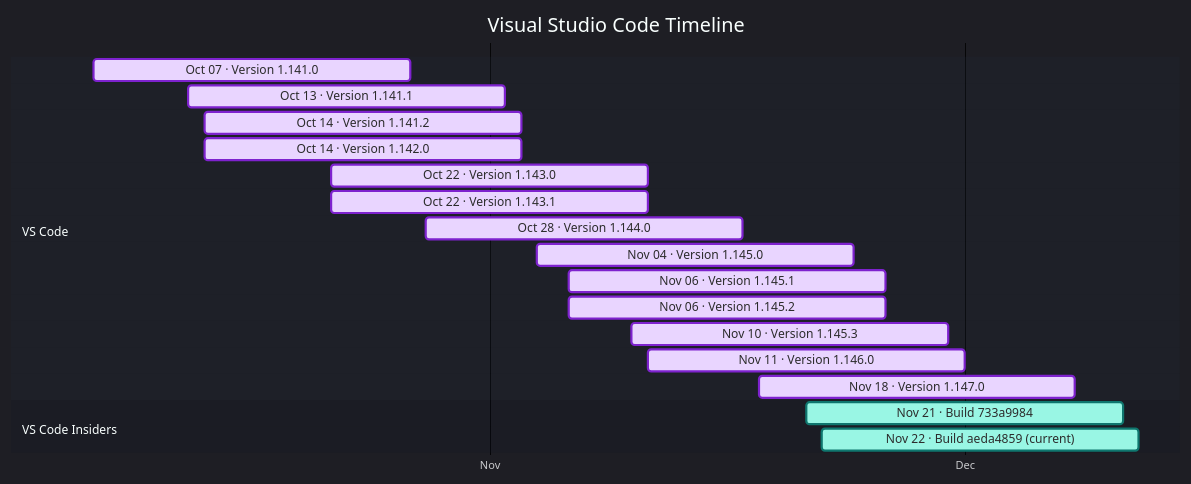
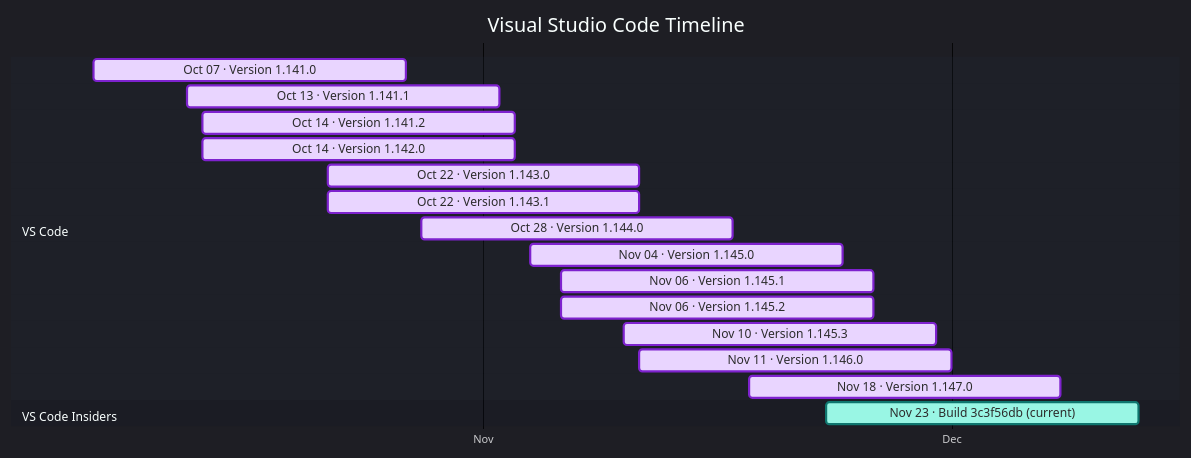
Before and after one commit to Oxelya-DevTools/VisualStudioUpdate: the diagram in docs/vscode.md, drawn with Mermaid. The commit also changed other lines of this file and 1 other file, not shown here.

````diff
--- a/docs/vscode.md
+++ b/docs/vscode.md
@@ -9,25 +9,24 @@
 ```mermaid
 %%{init: {'theme':'dark','themeVariables': { 'fontFamily': 'Segoe UI', 'fontSize': '24px', 'textColor': '#F3F4F6', 'titleTextColor': '#FFFFFF', 'taskTextColor': '#111827', 'taskTextLightColor': '#111827', 'taskTextOutsideColor': '#F3F4F6', 'taskBkgColor': '#BAE6FD', 'taskBorderColor': '#0369A1', 'doneTaskBkgColor': '#E9D5FF', 'doneTaskBorderColor': '#7E22CE', 'activeTaskBkgColor': '#99F6E4', 'activeTaskBorderColor': '#0F766E', 'critTaskBkgColor': '#FED7AA', 'critTaskBorderColor': '#C2410C', 'sectionBkgColor': '#1F2937', 'altSectionBkgColor': '#111827', 'gridColor': '#4B5563', 'todayLineColor': '#F87171' }}}%%
 gantt
     title Visual Studio Code Timeline
     dateFormat  YYYY-MM-DD
     axisFormat  %b
     tickInterval 1month
     section VS Code
     Oct 07 · Version 1.141.0 : done, vscode202610070, 2026-10-07, 20d
     Oct 13 · Version 1.141.1 : done, vscode202610131, 2026-10-13, 20d
     Oct 14 · Version 1.141.2 : done, vscode202610142, 2026-10-14, 20d
     Oct 14 · Version 1.142.0 : done, vscode202610143, 2026-10-14, 20d
     Oct 22 · Version 1.143.0 : done, vscode202610224, 2026-10-22, 20d
     Oct 22 · Version 1.143.1 : done, vscode202610225, 2026-10-22, 20d
     Oct 28 · Version 1.144.0 : done, vscode202610286, 2026-10-28, 20d
     Nov 04 · Version 1.145.0 : done, vscode202611047, 2026-11-04, 20d
     Nov 06 · Version 1.145.1 : done, vscode202611068, 2026-11-06, 20d
     Nov 06 · Version 1.145.2 : done, vscode202611069, 2026-11-06, 20d
     Nov 10 · Version 1.145.3 : done, vscode2026111010, 2026-11-10, 20d
     Nov 11 · Version 1.146.0 : done, vscode2026111111, 2026-11-11, 20d
     Nov 18 · Version 1.147.0 : done, vscode2026111812, 2026-11-18, 20d
     section VS Code Insiders
-    Nov 21 · Build 733a9984 : active, vscodeinsiders202611210, 2026-11-21, 20d
-    Nov 22 · Build aeda4859 (current) : active, vscodeinsiders202611221, 2026-11-22, 20d
+    Nov 23 · Build 3c3f56db (current) : active, vscodeinsiders202611230, 2026-11-23, 20d
 ```
````
